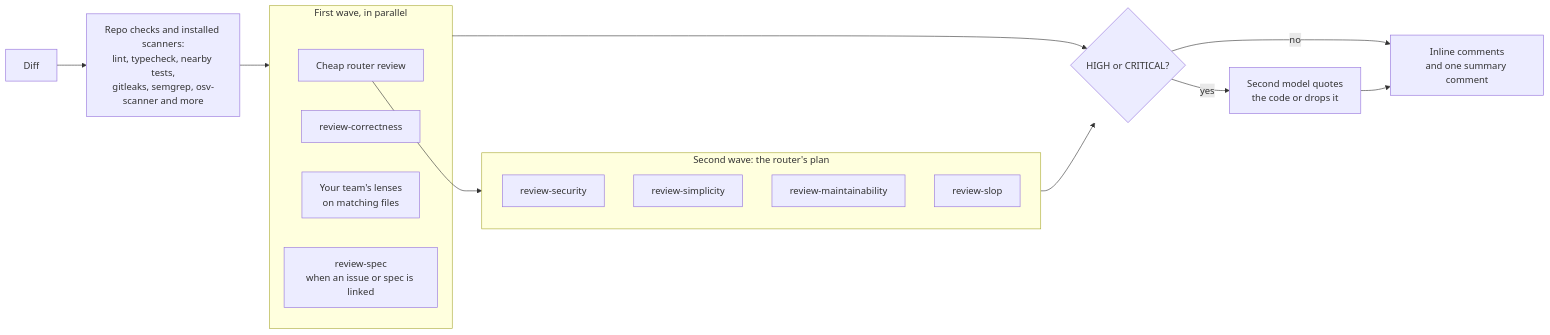
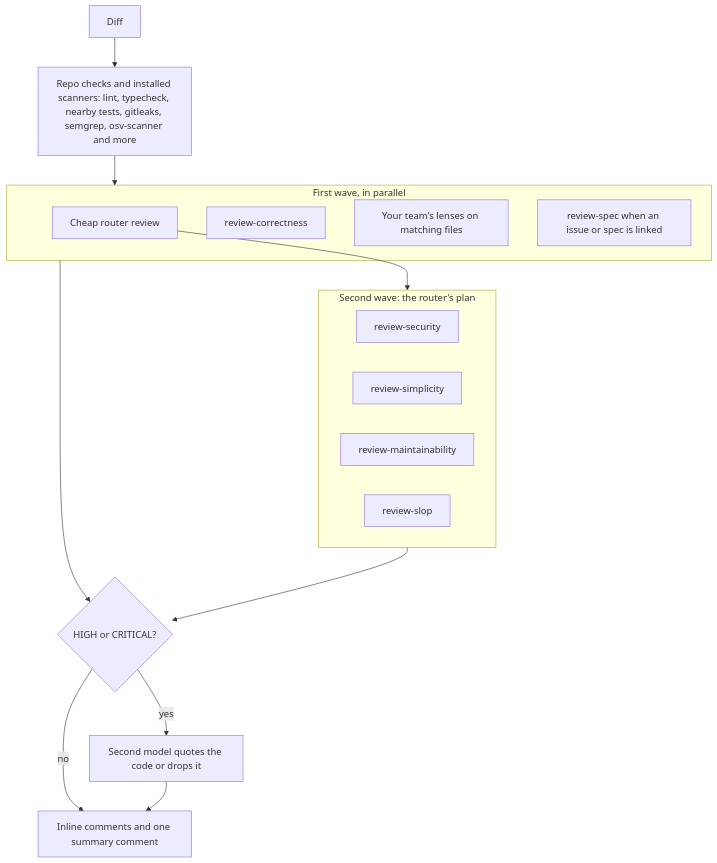
Before and after one commit to jagreehal/shepherd: the second of 3 diagrams in docs/src/content/docs/concepts/review-loop.md, drawn with Mermaid. The commit also changed other lines of this file and 41 other files, not shown here.

````diff
--- a/docs/src/content/docs/concepts/review-loop.md
+++ b/docs/src/content/docs/concepts/review-loop.md
@@ -43,22 +77,22 @@
 ```mermaid
-flowchart LR
-    D[Diff] --> CK[Repo checks and installed scanners:<br/>lint, typecheck, nearby tests,<br/>gitleaks, semgrep, osv-scanner and more]
+flowchart TD
+    D[Diff] --> CK[Repo checks and installed scanners: lint, typecheck, nearby tests, gitleaks, semgrep, osv-scanner and more]
     CK --> W1
     subgraph W1[First wave, in parallel]
       RT[Cheap router review]
       L1[review-correctness]
-      LT[Your team's lenses<br/>on matching files]
-      L6[review-spec<br/>when an issue or spec is linked]
+      LT[Your team's lenses on matching files]
+      L6[review-spec when an issue or spec is linked]
     end
     RT --> W2
     subgraph W2[Second wave: the router's plan]
       L2[review-security]
       L3[review-simplicity]
       L4[review-maintainability]
       L5[review-slop]
     end
     W1 & W2 --> VF{HIGH or CRITICAL?}
-    VF -- yes --> V2[Second model quotes<br/>the code or drops it]
+    VF -- yes --> V2[Second model quotes the code or drops it]
     VF -- no --> P
-    V2 --> P[Inline comments<br/>and one summary comment]
+    V2 --> P[Inline comments and one summary comment]
 ```
````
